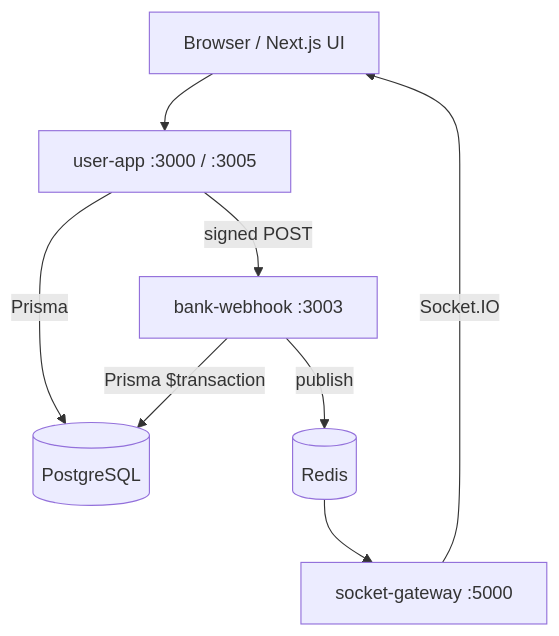
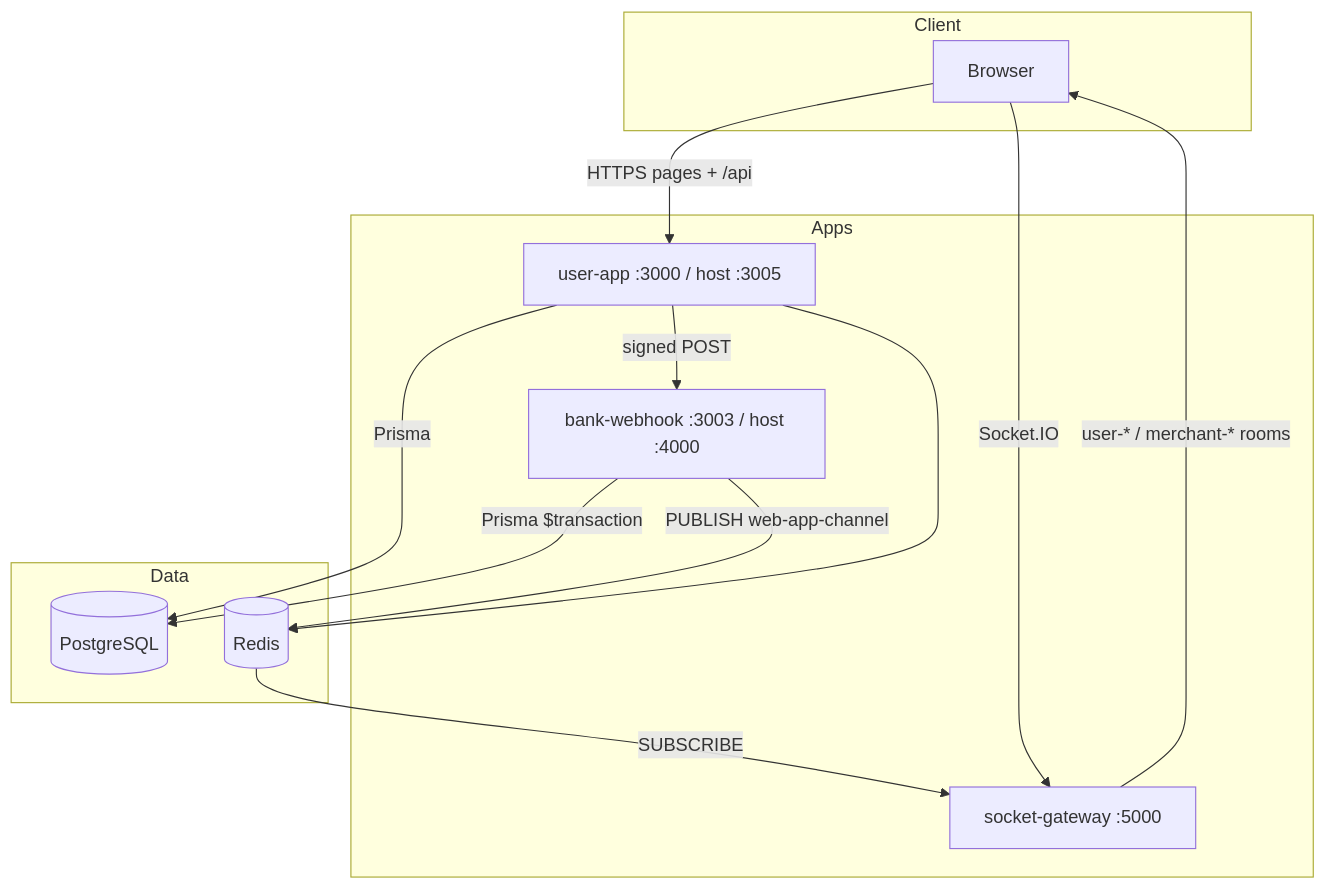
One commit to SulemanWaraich/PakPay changed the first of 2 diagrams in README.md. Above: the diagram before and after it, drawn with Mermaid. The commit also changed other lines of this file and 18 other files, not shown here.

````diff
--- a/README.md
+++ b/README.md
@@ -59,17 +82,27 @@
 ```mermaid
 flowchart TB
-  Browser[Browser / Next.js UI]
-  UA[user-app :3000 / :3005]
-  BW[bank-webhook :3003]
-  SG[socket-gateway :5000]
-  Redis[(Redis)]
-  PG[(PostgreSQL)]
+  subgraph Client
+    Browser[Browser]
+  end
 
-  Browser --> UA
+  subgraph Apps
+    UA[user-app :3000 / host :3005]
+    BW[bank-webhook :3003 / host :4000]
+    SG[socket-gateway :5000]
+  end
+
+  subgraph Data
+    PG[(PostgreSQL)]
+    Redis[(Redis)]
+  end
+
+  Browser -->|HTTPS pages + /api| UA
+  Browser -->|Socket.IO| SG
   UA -->|Prisma| PG
   UA -->|signed POST| BW
   BW -->|Prisma $transaction| PG
-  BW -->|publish| Redis
-  Redis --> SG
-  SG -->|Socket.IO| Browser
+  BW -->|PUBLISH web-app-channel| Redis
+  Redis -->|SUBSCRIBE| SG
+  SG -->|user-* / merchant-* rooms| Browser
+  UA --> Redis
 ```
````
